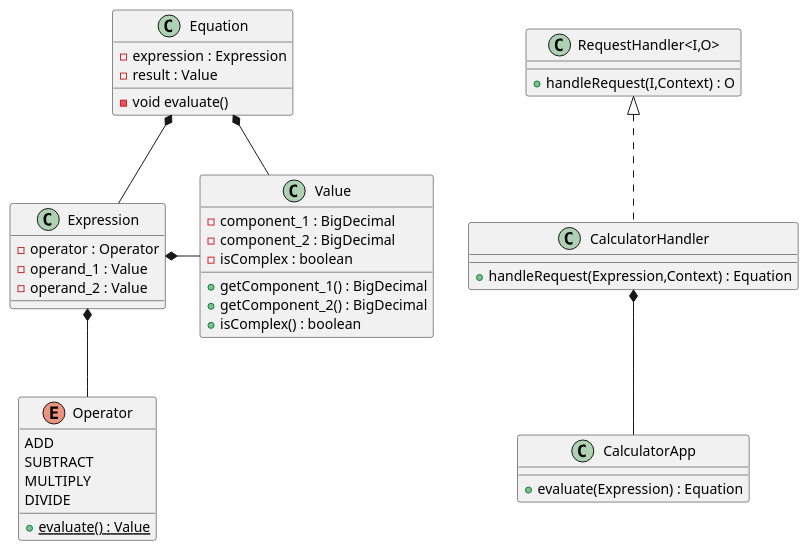
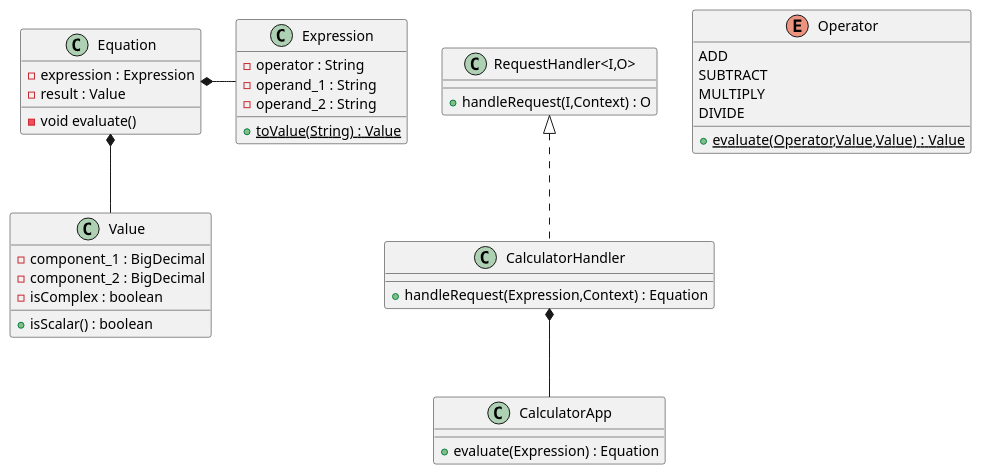
One commit to willkim76/portfolio changed the diagram in AWSLambda/Calculator/concept.puml. Above: the diagram before and after it, drawn with PlantUML. The commit also changed 28 other files, not shown here.

```diff
--- a/AWSLambda/Calculator/concept.puml
+++ b/AWSLambda/Calculator/concept.puml
@@ -1,45 +1,41 @@
 @startuml
 class Value {
 - component_1 : BigDecimal
 - component_2 : BigDecimal
 - isComplex : boolean
-+ getComponent_1() : BigDecimal
-+ getComponent_2() : BigDecimal
-+ isComplex() : boolean
++ isScalar() : boolean
 }
 class Equation {
 - expression : Expression
 - result : Value
 - void evaluate()
 }
 class CalculatorApp {
 + evaluate(Expression) : Equation
 }
 class Expression {
-- operator : Operator
-- operand_1 : Value
-- operand_2 : Value
+- operator : String
+- operand_1 : String
+- operand_2 : String
++ {static}toValue(String) : Value
 }
 class CalculatorHandler {
 + handleRequest(Expression,Context) : Equation
 }
 class "RequestHandler<I,O>" {
 + handleRequest(I,Context) : O
 }
 enum Operator {
 ADD
 SUBTRACT
 MULTIPLY
 DIVIDE
-+ {static} evaluate() : Value
++ {static} evaluate(Operator,Value,Value) : Value
 }
 
 "RequestHandler<I,O>" <|.. CalculatorHandler
 CalculatorHandler *-- CalculatorApp
 
-Expression *- Value
-Expression *-- Operator
-
-Equation *-- Expression
-Equation *- Value
+Equation *- Expression
+Equation *-- Value
 @enduml
```
